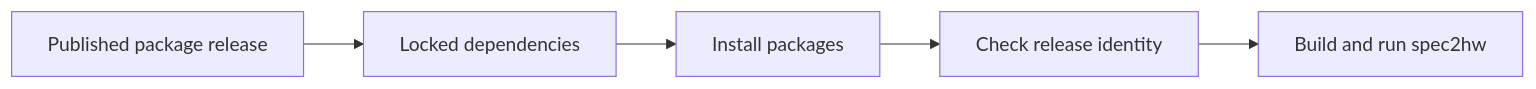
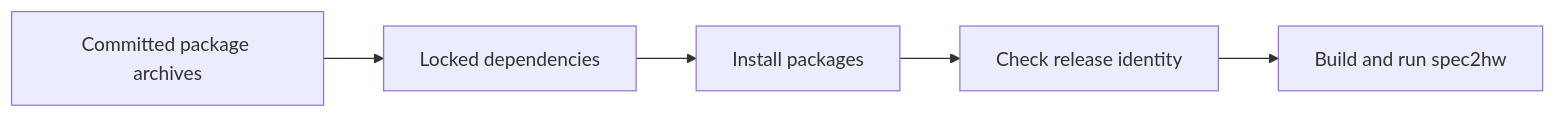
One commit to ankdesh/spec2gds changed the diagram in docs/harness-packages.md. Above: the diagram before and after it, drawn with Mermaid. The commit also changed other lines of this file and 198 other files, not shown here.

````diff
--- a/docs/harness-packages.md
+++ b/docs/harness-packages.md
@@ -8,7 +8,7 @@
 ```mermaid
 flowchart LR
-    R[Published package release] --> L[Locked dependencies]
+    R[Committed package archives] --> L[Locked dependencies]
     L --> I[Install packages]
     I --> C[Check release identity]
     C --> B[Build and run spec2hw]
 ```
````
